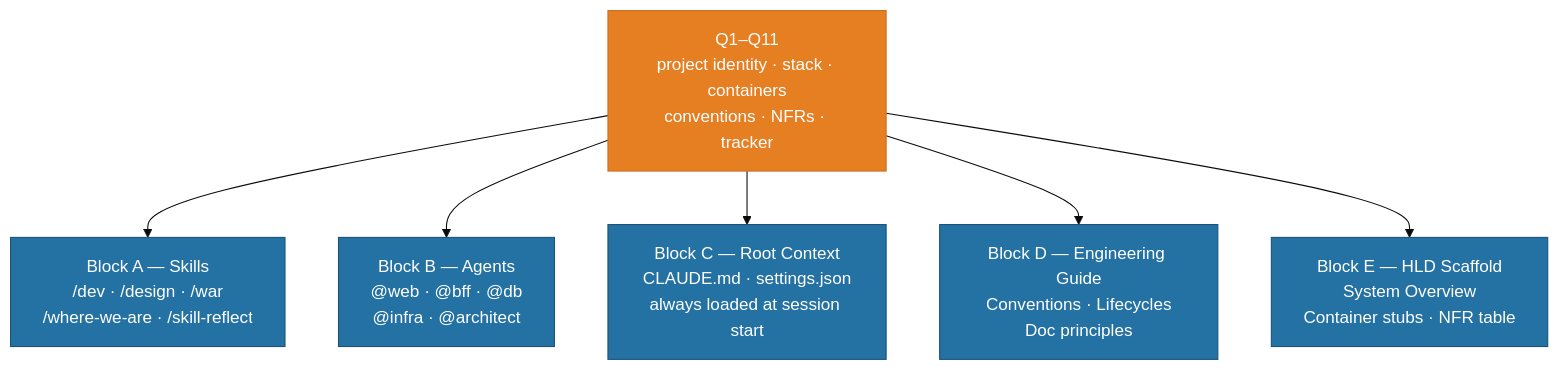
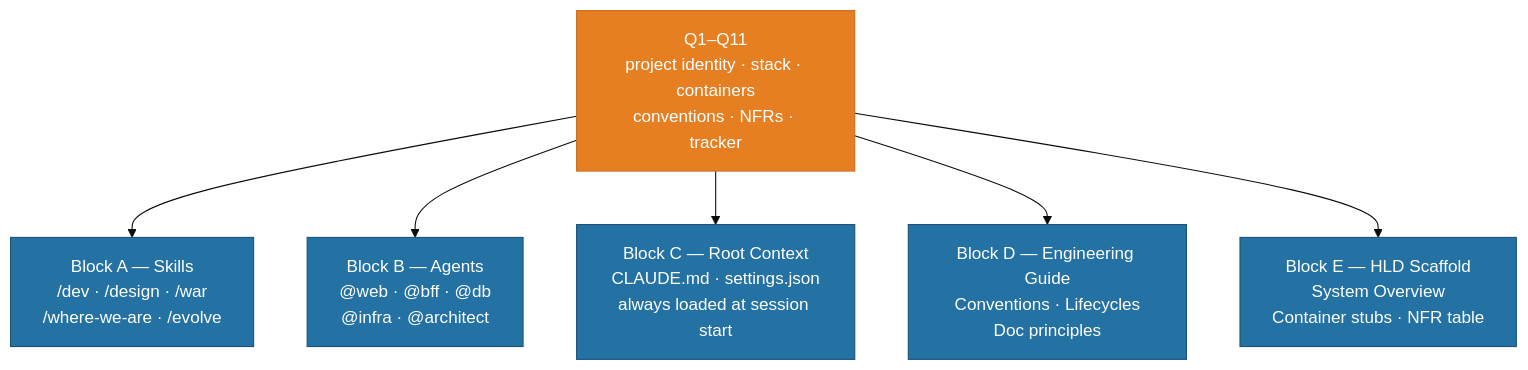
The fourth of 7 diagrams in docs/The Story/03 Challenges.md (DataArt/artisyn-implementation-harness), drawn with Mermaid (base theme) before and after one commit. The commit also changed other lines of this file and 143 other files, not shown here.

````diff
--- a/docs/The Story/03 Challenges.md
+++ b/docs/The Story/03 Challenges.md
@@ -148,18 +148,18 @@
 ```mermaid
 flowchart TD
     QA["Q1–Q11<br/>project identity · stack · containers<br/>conventions · NFRs · tracker"]
 
-    A["Block A — Skills<br/>/dev · /design · /war<br/>/where-we-are · /skill-reflect"]
+    A["Block A — Skills<br/>/dev · /design · /war<br/>/where-we-are · /evolve"]
     B["Block B — Agents<br/>@web · @bff · @db<br/>@infra · @architect"]
     C["Block C — Root Context<br/>CLAUDE.md · settings.json<br/>always loaded at session start"]
     D["Block D — Engineering Guide<br/>Conventions · Lifecycles<br/>Doc principles"]
     E["Block E — HLD Scaffold<br/>System Overview<br/>Container stubs · NFR table"]
 
     QA --> A & B & C & D & E
 
     classDef block fill:#2471A3,stroke:#1A5276,color:#fff
     classDef qa fill:#E67E22,stroke:#CA6F1E,color:#fff
 
     class A,B,C,D,E block
     class QA qa
 ```
````
